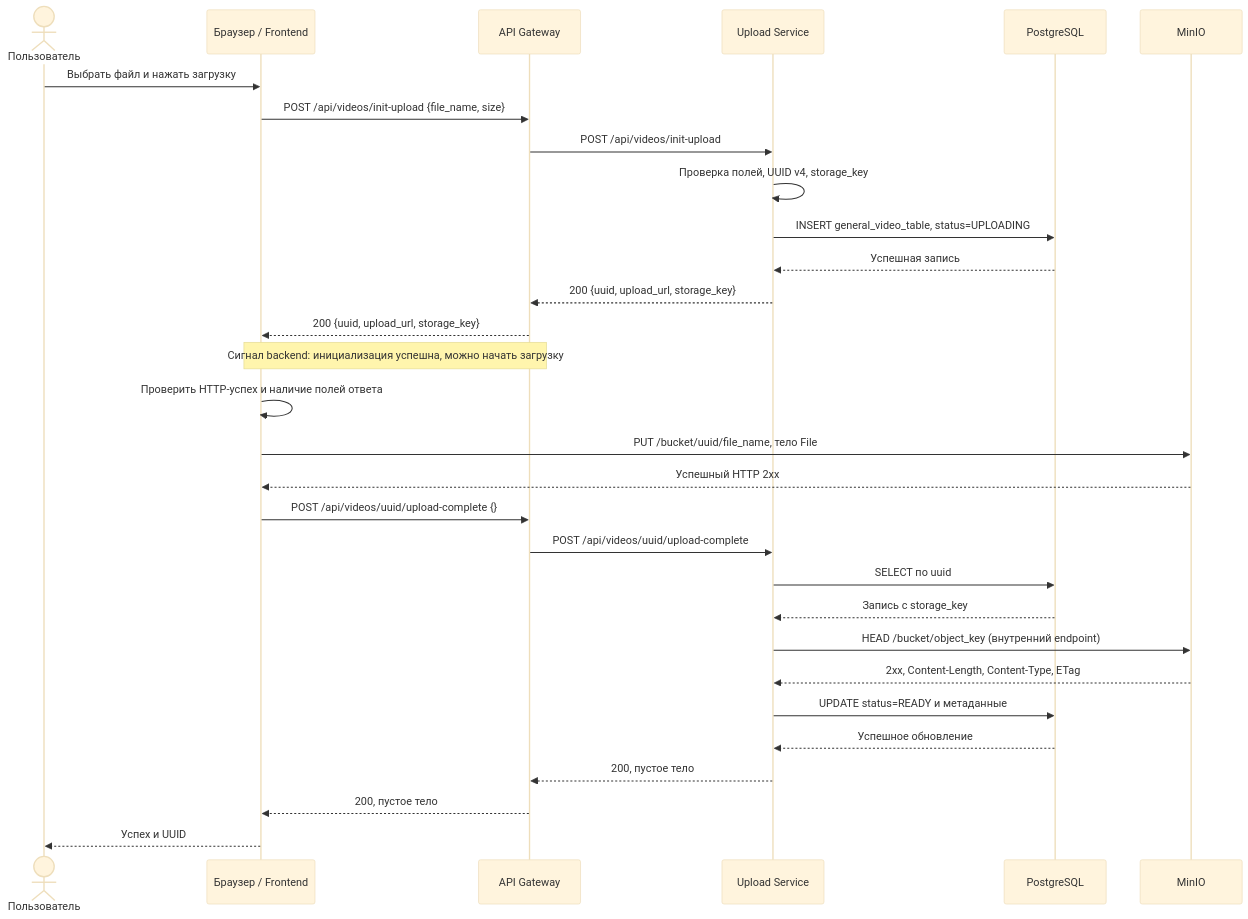
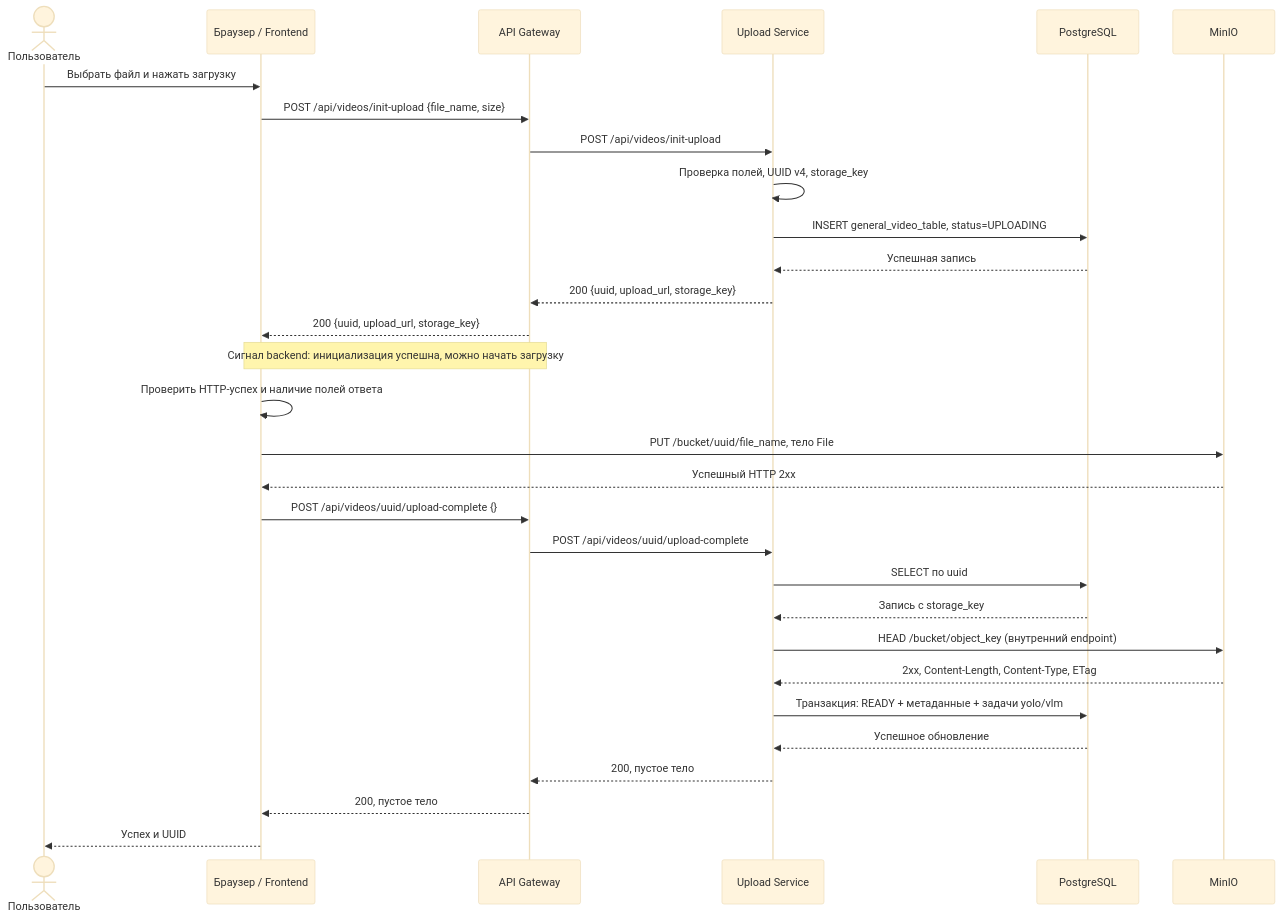
One commit to HacksCyberGeo335/lct_2026 changed the diagram in API-Specification.md. Above: the diagram before and after it, drawn with Mermaid (base theme). The commit also changed other lines of this file and 39 other files, not shown here.

````diff
--- a/API-Specification.md
+++ b/API-Specification.md
@@ -53,33 +54,33 @@
 ```mermaid
 sequenceDiagram
     actor User as Пользователь
     participant FE as Браузер / Frontend
     participant GW as API Gateway
     participant US as Upload Service
     participant PG as PostgreSQL
     participant S3 as MinIO
 
     User->>FE: Выбрать файл и нажать загрузку
     FE->>GW: POST /api/videos/init-upload {file_name, size}
     GW->>US: POST /api/videos/init-upload
     US->>US: Проверка полей, UUID v4, storage_key
     US->>PG: INSERT general_video_table, status=UPLOADING
     PG-->>US: Успешная запись
     US-->>GW: 200 {uuid, upload_url, storage_key}
     GW-->>FE: 200 {uuid, upload_url, storage_key}
     Note over GW,FE: Сигнал backend: инициализация успешна, можно начать загрузку
     FE->>FE: Проверить HTTP-успех и наличие полей ответа
     FE->>S3: PUT /bucket/uuid/file_name, тело File
     S3-->>FE: Успешный HTTP 2xx
     FE->>GW: POST /api/videos/uuid/upload-complete {}
     GW->>US: POST /api/videos/uuid/upload-complete
     US->>PG: SELECT по uuid
     PG-->>US: Запись с storage_key
     US->>S3: HEAD /bucket/object_key (внутренний endpoint)
     S3-->>US: 2xx, Content-Length, Content-Type, ETag
-    US->>PG: UPDATE status=READY и метаданные
+    US->>PG: Транзакция: READY + метаданные + задачи yolo/vlm
     PG-->>US: Успешное обновление
     US-->>GW: 200, пустое тело
     GW-->>FE: 200, пустое тело
     FE-->>User: Успех и UUID
 ```
````
